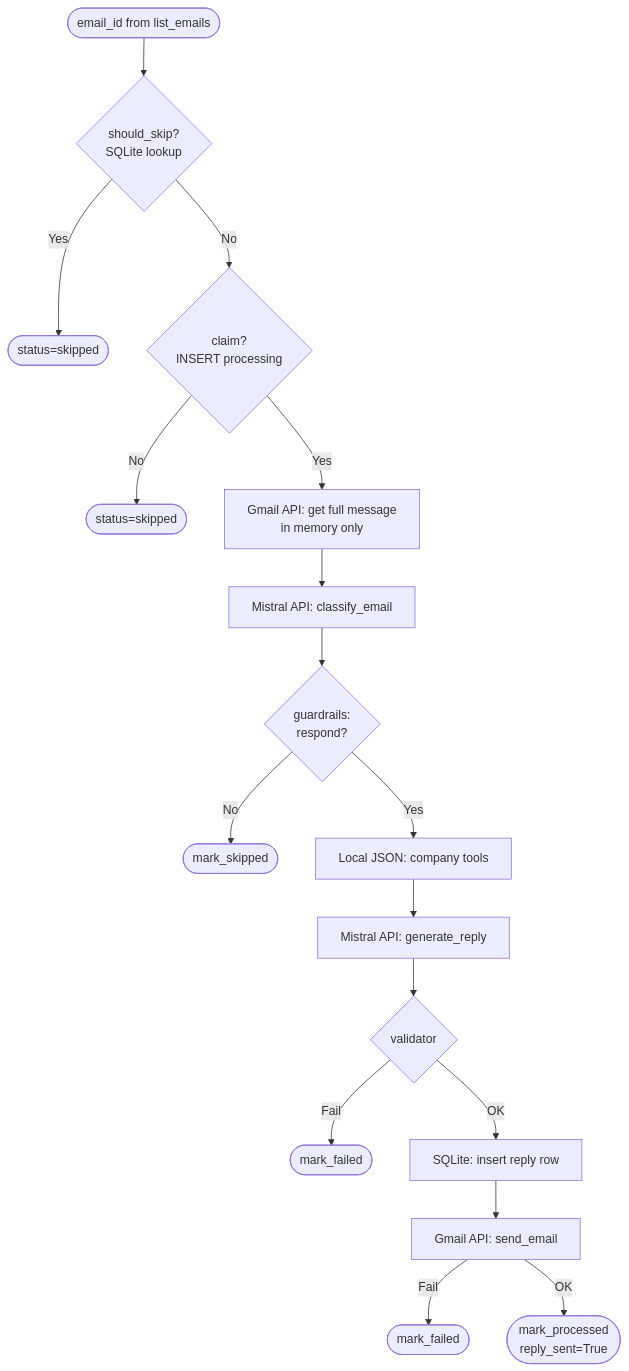
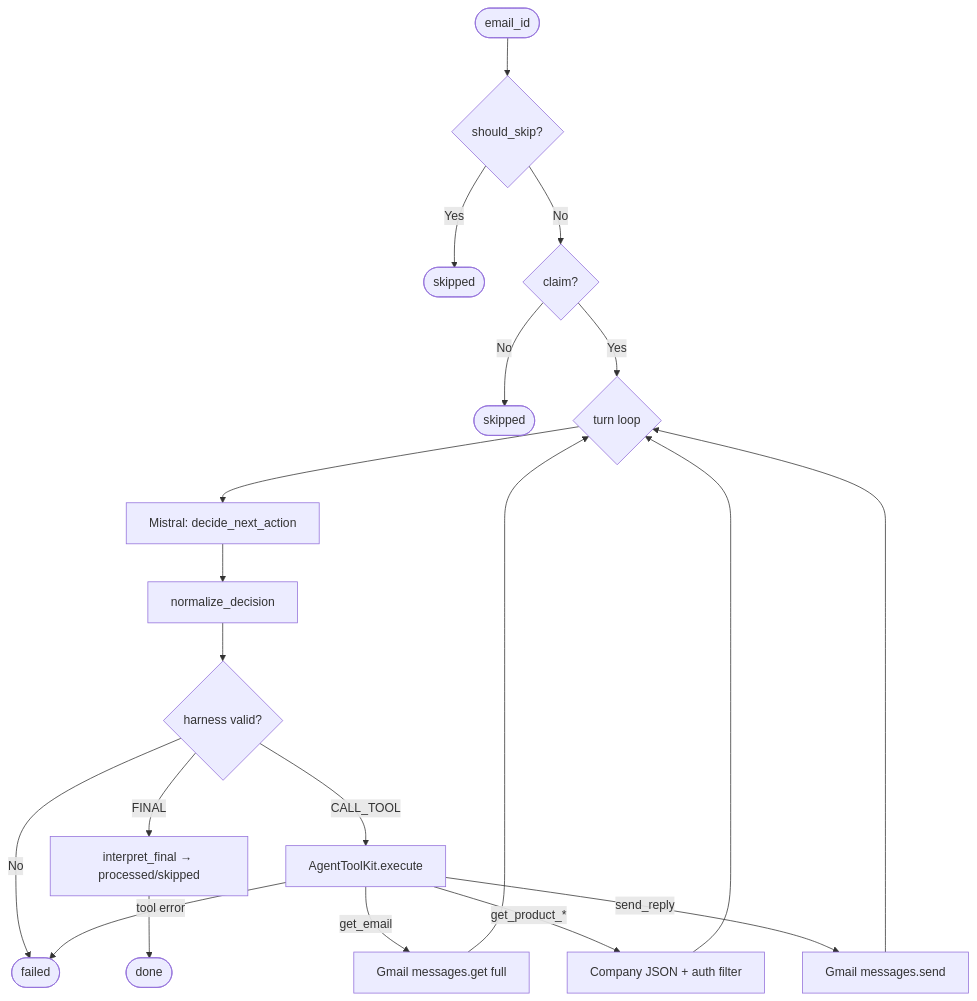
The third of 3 diagrams in docs/REAL_API_SYSTEM_FLOW.md (Nisarg9072-god/Email-Agent), drawn with Mermaid before and after one commit. The commit also changed other lines of this file and 5 other files, not shown here.

````diff
--- a/docs/REAL_API_SYSTEM_FLOW.md
+++ b/docs/REAL_API_SYSTEM_FLOW.md
@@ -403,19 +188,25 @@
 ```mermaid
 flowchart TD
-    START([email_id from list_emails]) --> SKIP{should_skip?<br/>SQLite lookup}
-    SKIP -->|Yes| END_SKIP([status=skipped])
-    SKIP -->|No| CLAIM{claim?<br/>INSERT processing}
-    CLAIM -->|No| END_SKIP2([status=skipped])
-    CLAIM -->|Yes| FETCH[Gmail API: get full message<br/>in memory only]
-    FETCH --> CLASSIFY[Mistral API: classify_email]
-    CLASSIFY --> GUARD{guardrails:<br/>respond?}
-    GUARD -->|No| END_SKIP3([mark_skipped])
-    GUARD -->|Yes| TOOLS[Local JSON: company tools]
-    TOOLS --> REPLY[Mistral API: generate_reply]
-    REPLY --> VALID{validator}
-    VALID -->|Fail| END_FAIL([mark_failed])
-    VALID -->|OK| LOG[SQLite: insert reply row]
-    LOG --> SEND[Gmail API: send_email]
-    SEND -->|Fail| END_FAIL2([mark_failed])
-    SEND -->|OK| DONE([mark_processed<br/>reply_sent=True])
+    START([email_id]) --> SKIP{should_skip?}
+    SKIP -->|Yes| END_SKIP([skipped])
+    SKIP -->|No| CLAIM{claim?}
+    CLAIM -->|No| END_SKIP2([skipped])
+    CLAIM -->|Yes| LOOP{turn loop}
+
+    LOOP --> LLM[Mistral: decide_next_action]
+    LLM --> NORM[normalize_decision]
+    NORM --> HARNESS{harness valid?}
+    HARNESS -->|No| END_FAIL([failed])
+    HARNESS -->|FINAL| FINAL[interpret_final → processed/skipped]
+    HARNESS -->|CALL_TOOL| EXEC[AgentToolKit.execute]
+
+    EXEC -->|get_email| GMAIL_GET[Gmail messages.get full]
+    EXEC -->|get_product_*| JSON[Company JSON + auth filter]
+    EXEC -->|send_reply| GMAIL_SEND[Gmail messages.send]
+    EXEC -->|tool error| END_FAIL
+
+    GMAIL_GET --> LOOP
+    JSON --> LOOP
+    GMAIL_SEND --> LOOP
+    FINAL --> END_OK([done])
 ```
````
